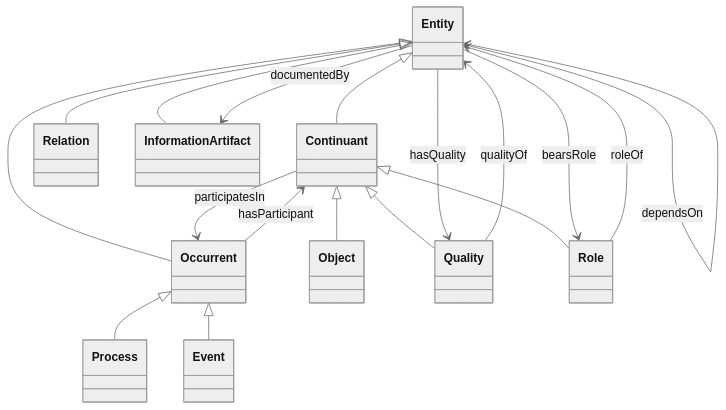
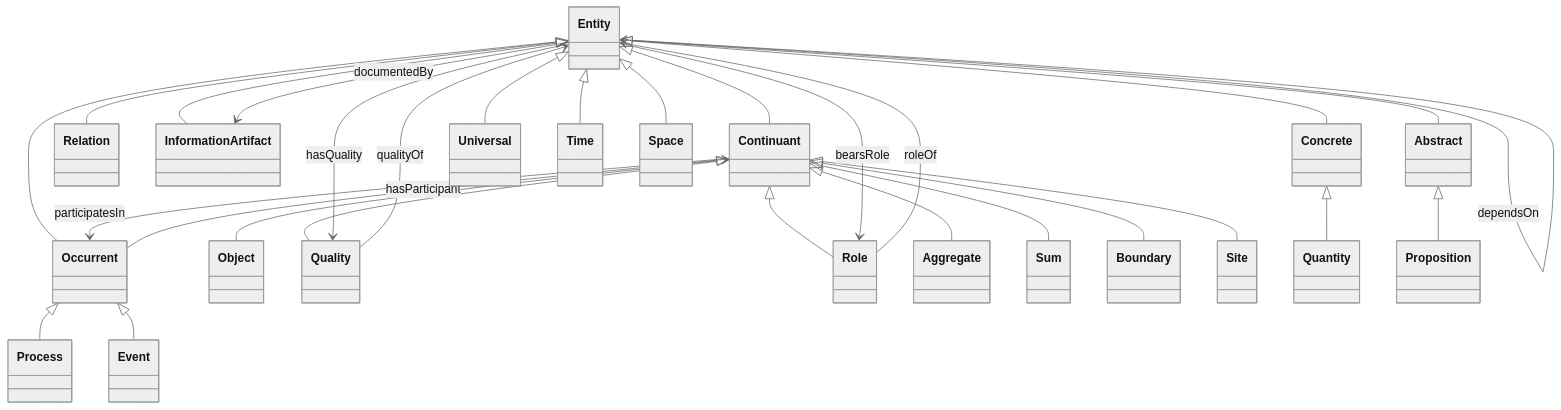
The diagram in docs/ontology/core-ontology.mmd (xwkont/xwkont), drawn with Mermaid (neutral theme) before and after one commit. The commit also changed 111 other files, not shown here.

```diff
--- a/docs/ontology/core-ontology.mmd
+++ b/docs/ontology/core-ontology.mmd
@@ -1,20 +1,31 @@
 classDiagram
     Entity <|-- Continuant
     Entity <|-- Occurrent
     Entity <|-- Relation
     Entity <|-- InformationArtifact
+    Entity <|-- Abstract
+    Entity <|-- Concrete
+    Entity <|-- Universal
+    Entity <|-- Time
+    Entity <|-- Space
     Continuant <|-- Object
     Continuant <|-- Quality
     Continuant <|-- Role
+    Continuant <|-- Aggregate
+    Continuant <|-- Sum
+    Continuant <|-- Boundary
+    Continuant <|-- Site
     Occurrent <|-- Process
     Occurrent <|-- Event
+    Concrete <|-- Quantity
+    Abstract <|-- Proposition
 
     Entity --> Entity : hasPart / partOf
     Continuant --> Occurrent : participatesIn
     Occurrent --> Continuant : hasParticipant
     Entity --> Quality : hasQuality
     Quality --> Entity : qualityOf
     Entity --> Role : bearsRole
     Role --> Entity : roleOf
     Entity --> Entity : dependsOn
     Entity --> InformationArtifact : documentedBy
```
